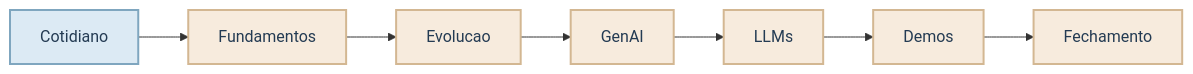
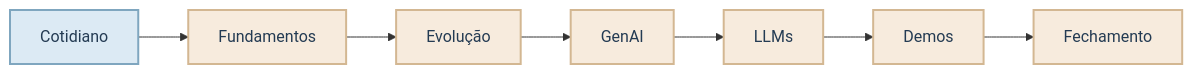
One commit to mikaelakihitto/self-study-data-science changed the third of 51 diagrams in temas/introducao_pratica_ia_e_genia/estudo/aula1.qmd. Above: the diagram before and after it, drawn with Mermaid. The commit also changed other lines of this file, not shown here.

````diff
--- a/temas/introducao_pratica_ia_e_genia/estudo/aula1.qmd
+++ b/temas/introducao_pratica_ia_e_genia/estudo/aula1.qmd
@@ -87,17 +78,17 @@
 ```{mermaid}
 %%| fig-align: center
 %%| out-width: 72%
 graph LR
     A[Cotidiano] --> B[Fundamentos]
-    B --> C[Evolucao]
+    B --> C[Evolução]
     C --> D[GenAI]
     D --> E[LLMs]
     E --> F[Demos]
     F --> G[Fechamento]
     %% Definicao das cores
     classDef styleAzul fill:#DCEAF4,stroke:#7FA6BF,stroke-width:2px,color:#243B53;
     classDef styleVerde fill:#E7F2E8,stroke:#90B29A,stroke-width:2px,color:#243B53;
     classDef styleAreia fill:#F7EBDD,stroke:#D3B792,stroke-width:2px,color:#243B53;
     class A styleAzul;
     class B,C,D,E,F,G styleAreia;
 ```
````
